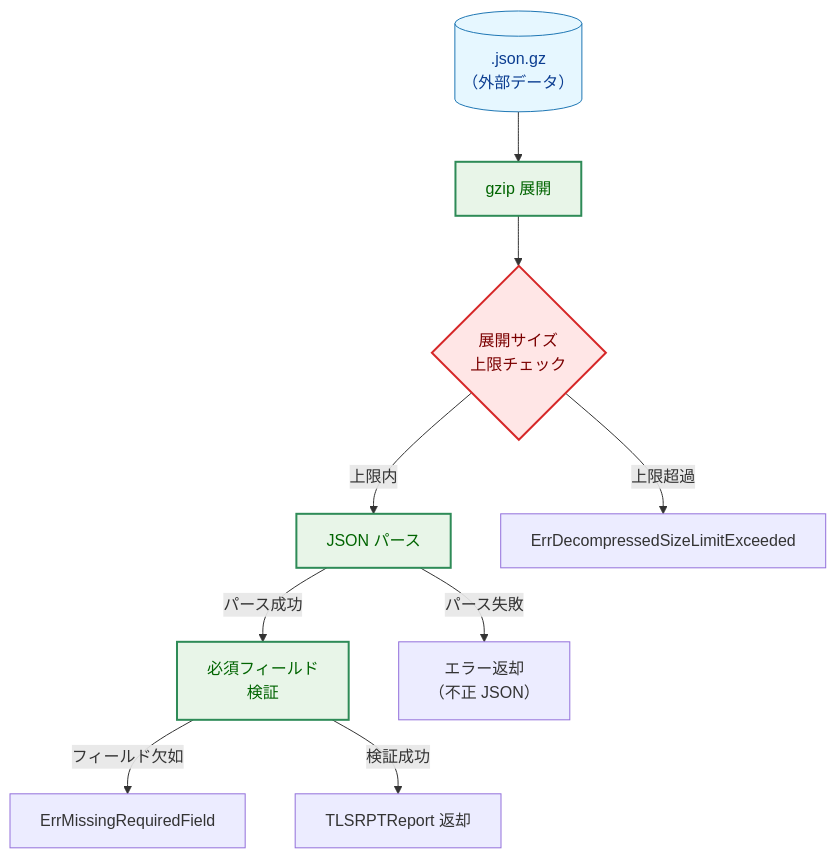
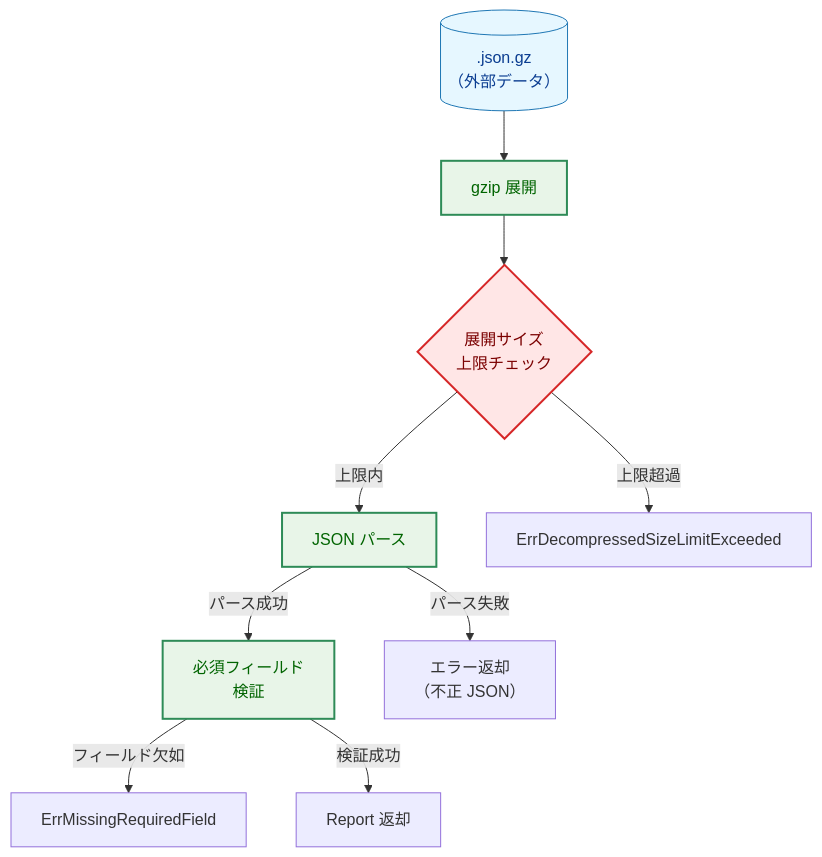
One commit to isseis/tlsrpt-digest changed the fifth of 7 diagrams in docs/tasks/0020_tlsrpt/02_architecture.md. Above: the diagram before and after it, drawn with Mermaid. The commit also changed other lines of this file and 3 other files, not shown here.

First line of the commit message:
docs: rename TLSRPTReport to Report to avoid package name stutter

````diff
--- a/docs/tasks/0020_tlsrpt/02_architecture.md
+++ b/docs/tasks/0020_tlsrpt/02_architecture.md
@@ -234,28 +234,28 @@
 ```mermaid
 flowchart TD
     classDef data fill:#e6f7ff,stroke:#1f77b4,stroke-width:1px,color:#0b3d91;
     classDef problem fill:#ffe6e6,stroke:#d62728,stroke-width:2px,color:#7b0000;
     classDef enhanced fill:#e8f5e8,stroke:#2e8b57,stroke-width:2px,color:#006400;
 
     EXT[(".json.gz<br>（外部データ）")]
     GZIP["gzip 展開"]
     SIZECHECK{"展開サイズ<br>上限チェック"}
     PARSEJSON["JSON パース"]
     VALIDATE["必須フィールド<br>検証"]
-    OK["TLSRPTReport 返却"]
+    OK["Report 返却"]
     ERRSIZE["ErrDecompressedSizeLimitExceeded"]
     ERRJSON["エラー返却<br>（不正 JSON）"]
     ERRFIELD["ErrMissingRequiredField"]
 
     EXT --> GZIP --> SIZECHECK
     SIZECHECK -->|"上限超過"| ERRSIZE
     SIZECHECK -->|"上限内"| PARSEJSON
     PARSEJSON -->|"パース失敗"| ERRJSON
     PARSEJSON -->|"パース成功"| VALIDATE
     VALIDATE -->|"フィールド欠如"| ERRFIELD
     VALIDATE -->|"検証成功"| OK
 
     class EXT data
     class SIZECHECK problem
     class GZIP,PARSEJSON,VALIDATE enhanced
 ```
````
